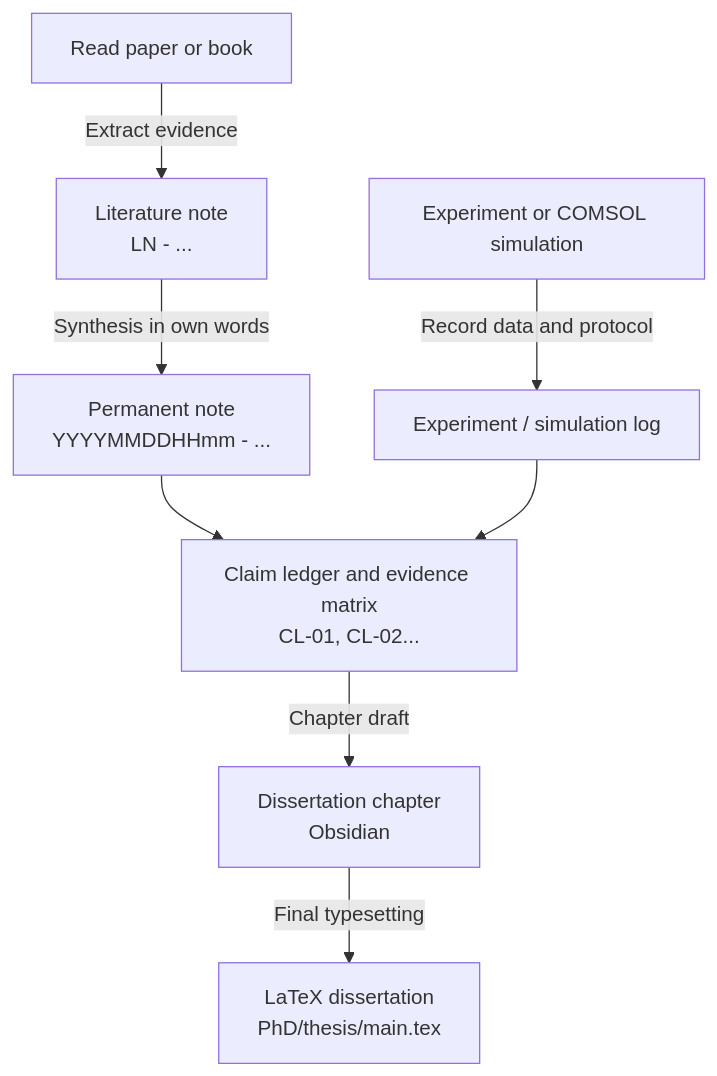
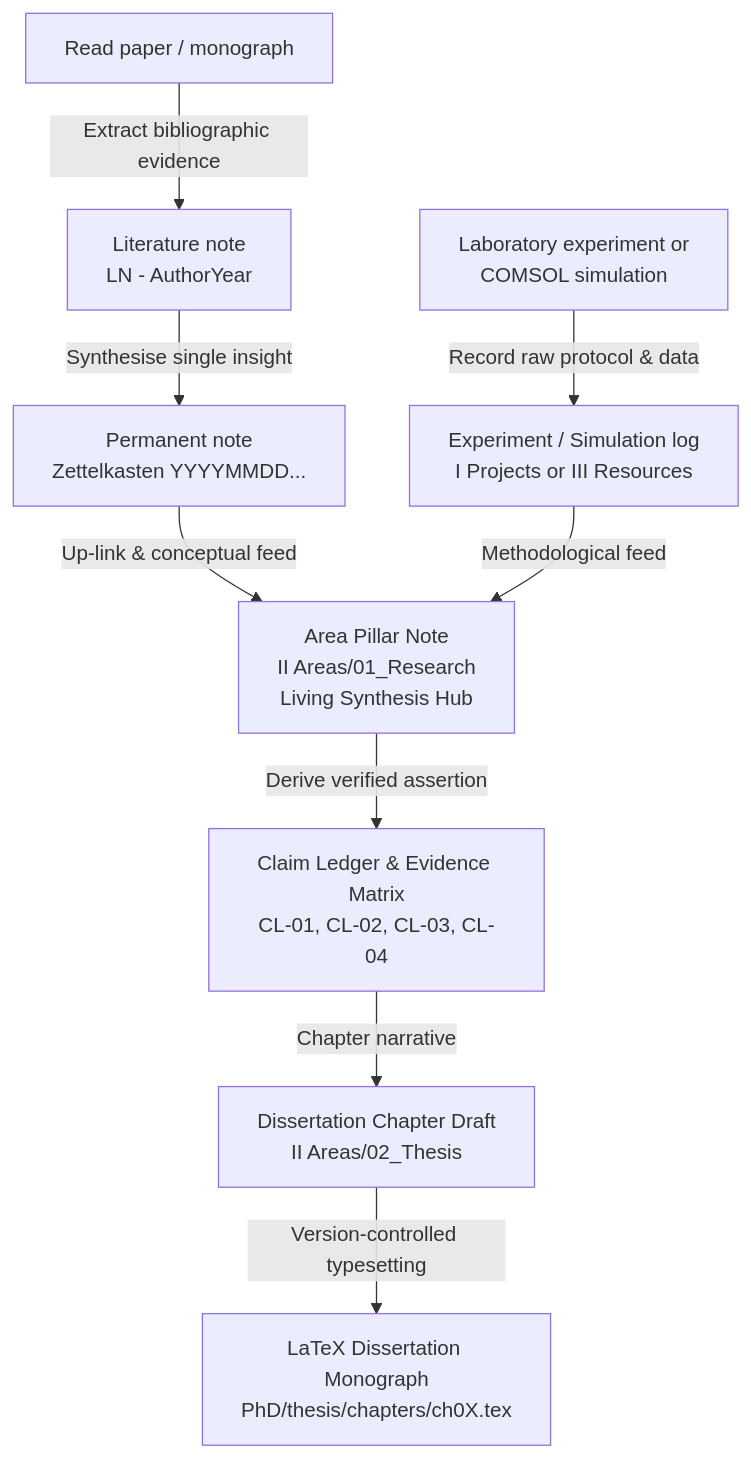
Before and after one commit to sakalmic/Obsidian: the diagram in src/site/notes/_System/Research Methodology & Workflows.md, drawn with Mermaid. The commit also changed other lines of this file and 3 other files, not shown here.

````diff
--- a/src/site/notes/_System/Research Methodology & Workflows.md
+++ b/src/site/notes/_System/Research Methodology & Workflows.md
@@ -14,10 +14,11 @@
 ```mermaid
 graph TD
-    A[Read paper or book] -->|Extract evidence| B[Literature note\nLN - ...]
-    B -->|Synthesis in own words| C[Permanent note\nYYYYMMDDHHmm - ...]
-    D[Experiment or COMSOL simulation] -->|Record data and protocol| E[Experiment / simulation log]
-    C --> F[Claim ledger and evidence matrix\nCL-01, CL-02...]
-    E --> F
-    F -->|Chapter draft| G[Dissertation chapter\nObsidian]
-    G -->|Final typesetting| H[LaTeX dissertation\nPhD/thesis/main.tex]
+    A[Read paper / monograph] -->|Extract bibliographic evidence| B[Literature note\nLN - AuthorYear]
+    B -->|Synthesise single insight| C[Permanent note\nZettelkasten YYYYMMDD...]
+    D[Laboratory experiment or\nCOMSOL simulation] -->|Record raw protocol & data| E[Experiment / Simulation log\nI Projects or III Resources]
+    C -->|Up-link & conceptual feed| F[Area Pillar Note\nII Areas/01_Research\nLiving Synthesis Hub]
+    E -->|Methodological feed| F
+    F -->|Derive verified assertion| G[Claim Ledger & Evidence Matrix\nCL-01, CL-02, CL-03, CL-04]
+    G -->|Chapter narrative| H[Dissertation Chapter Draft\nII Areas/02_Thesis]
+    H -->|Version-controlled typesetting| I[LaTeX Dissertation Monograph\nPhD/thesis/chapters/ch0X.tex]
 ```
````
